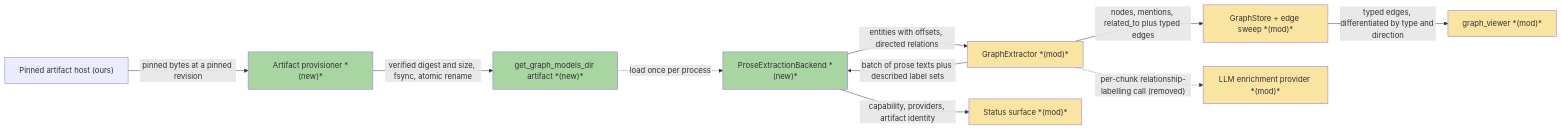
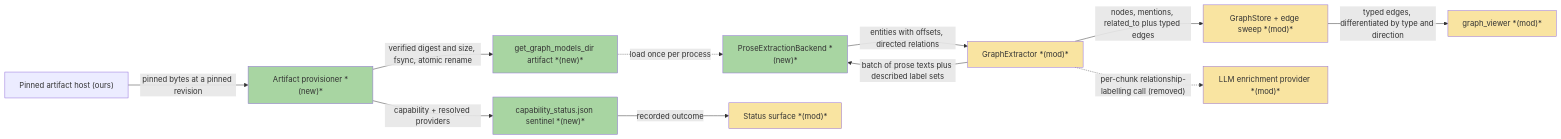
Before and after one commit to user538295/archon-search: the fourth of 6 diagrams in Documentation/Backlog/2026-08-19-035-multilingual-graph-ner-team-plan.md, drawn with Mermaid. The commit also changed other lines of this file and 6 other files, not shown here.

First line of the commit message:
docs(backlog): gate graph NER plan on a spike; resync its contracts

````diff
--- a/Documentation/Backlog/2026-08-19-035-multilingual-graph-ner-team-plan.md
+++ b/Documentation/Backlog/2026-08-19-035-multilingual-graph-ner-team-plan.md
@@ -377,35 +419,38 @@
 ```mermaid
 flowchart LR
   classDef newNode fill:#a8d5a2;
   classDef modNode fill:#f9e4a1;
   classDef rmNode fill:#f4a4a4;
 
   HOST["Pinned artifact host (ours)"]
   PROV["Artifact provisioner *(new)*"]
   DD["get_graph_models_dir artifact *(new)*"]
+  CST["capability_status.json sentinel *(new)*"]
   GE["GraphExtractor *(mod)*"]
   GLE["ProseExtractionBackend *(new)*"]
   GS["GraphStore + edge sweep *(mod)*"]
   VW["graph_viewer *(mod)*"]
   LLM["LLM enrichment provider *(mod)*"]
   ST["Status surface *(mod)*"]
 
   HOST -- "pinned bytes at a pinned revision" --> PROV
   PROV -- "verified digest and size, fsync, atomic rename" --> DD
   DD -. "load once per process" .-> GLE
   GE -- "batch of prose texts plus described label sets" --> GLE
   GLE -- "entities with offsets, directed relations" --> GE
   GE -- "nodes, mentions, related_to plus typed edges" --> GS
   GS -- "typed edges, differentiated by type and direction" --> VW
   GE -. "per-chunk relationship-labelling call (removed)" .-> LLM
-  GLE -- "capability, providers, artifact identity" --> ST
+  PROV -- "capability + resolved providers" --> CST
+  CST -- "recorded outcome" --> ST
 
   class PROV newNode;
   class DD newNode;
+  class CST newNode;
   class GLE newNode;
   class GE modNode;
   class GS modNode;
   class VW modNode;
   class LLM modNode;
   class ST modNode;
 ```
````
